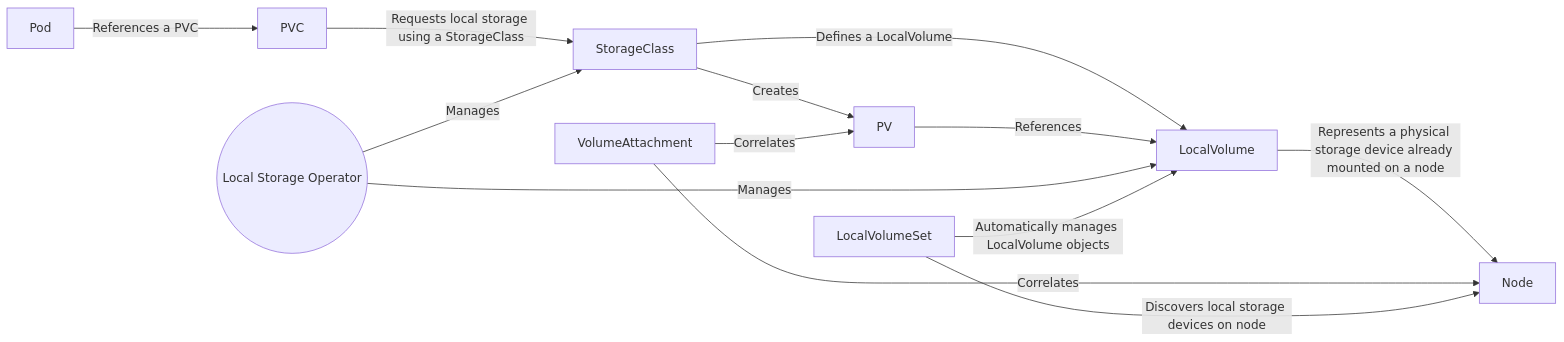
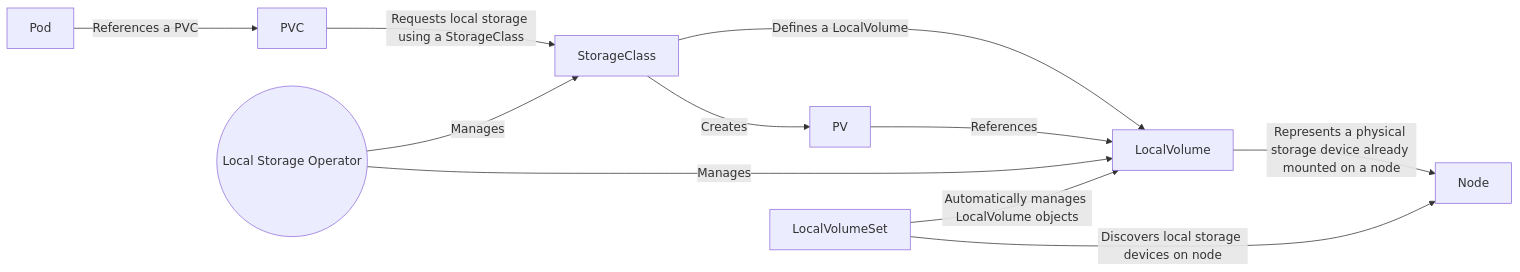
Before and after one commit to emmahone/Local-Storage-Operator-reference: the first of 2 diagrams in README.md, drawn with Mermaid. The commit also changed other lines of this file, not shown here.

````diff
--- a/README.md
+++ b/README.md
@@ -2,15 +2,13 @@
 ```mermaid
 graph LR
     PVC -->|Requests local storage using a StorageClass| StorageClass
     StorageClass -->|Defines a LocalVolume| LocalVolume
     LocalVolume -->|Represents a physical storage device already mounted on a node| Node
     Pod -->|References a PVC| PVC
     PV -->|References| LocalVolume
     StorageClass -->|Creates| PV
-    VolumeAttachment -->|Correlates| Node
-    VolumeAttachment -->|Correlates| PV
     LSO((Local Storage Operator)) -->|Manages| LocalVolume
     LSO((Local Storage Operator)) -->|Manages| StorageClass
     LocalVolumeSet -->|Discovers local storage devices on node| Node
     LocalVolumeSet -->|Automatically manages LocalVolume objects|LocalVolume
 ```
````
